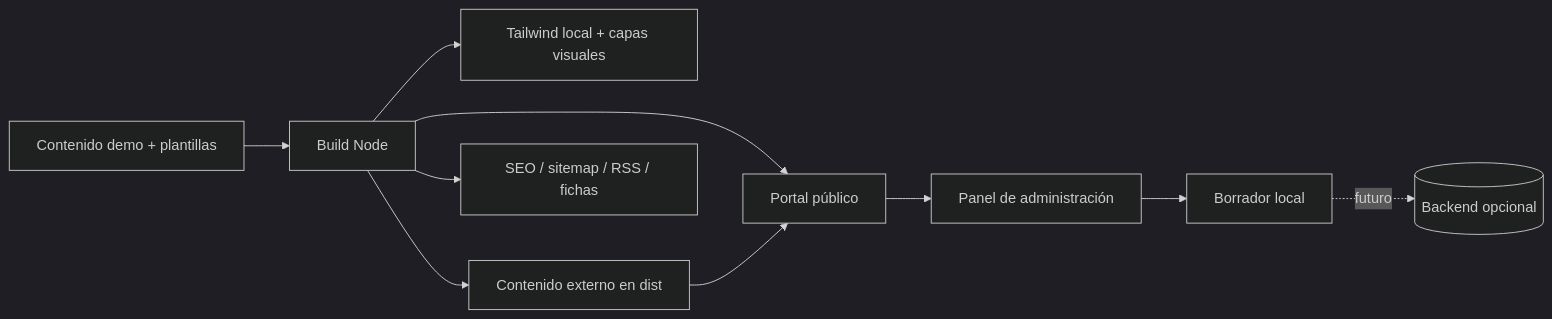
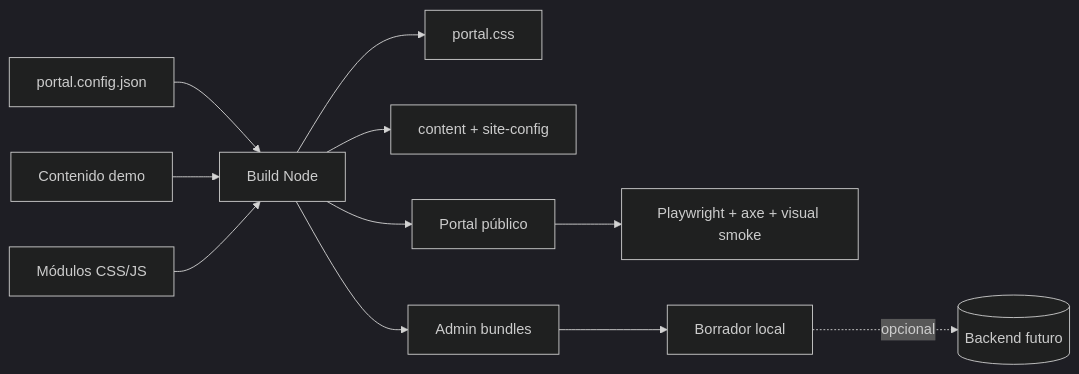
The diagram in README.md (tec-2022/uabc-professional-portal), drawn with Mermaid (dark theme) before and after one commit. The commit also changed other lines of this file and 23 other files, not shown here.

````diff
--- a/README.md
+++ b/README.md
@@ -39,12 +41,13 @@
 ```mermaid
 flowchart LR
-    SRC[Contenido demo + plantillas] --> BUILD[Build Node]
-    BUILD --> CSS[Tailwind local + capas visuales]
-    BUILD --> DATA[Contenido externo en dist]
-    BUILD --> SEO[SEO / sitemap / RSS / fichas]
+    CONFIG[portal.config.json] --> BUILD[Build Node]
+    CONTENT[Contenido demo] --> BUILD
+    MODULES[Módulos CSS/JS] --> BUILD
+    BUILD --> PORTALCSS[portal.css]
+    BUILD --> DATA[content + site-config]
     BUILD --> APP[Portal público]
-    DATA --> APP
-    APP --> ADMIN[Panel de administración]
-    ADMIN --> LOCAL[Borrador local]
-    LOCAL -. futuro .-> BACKEND[(Backend opcional)]
+    BUILD --> ADMIN[Admin bundles]
+    APP --> TESTS[Playwright + axe + visual smoke]
+    ADMIN --> DRAFT[Borrador local]
+    DRAFT -. opcional .-> BACKEND[(Backend futuro)]
 ```
````
